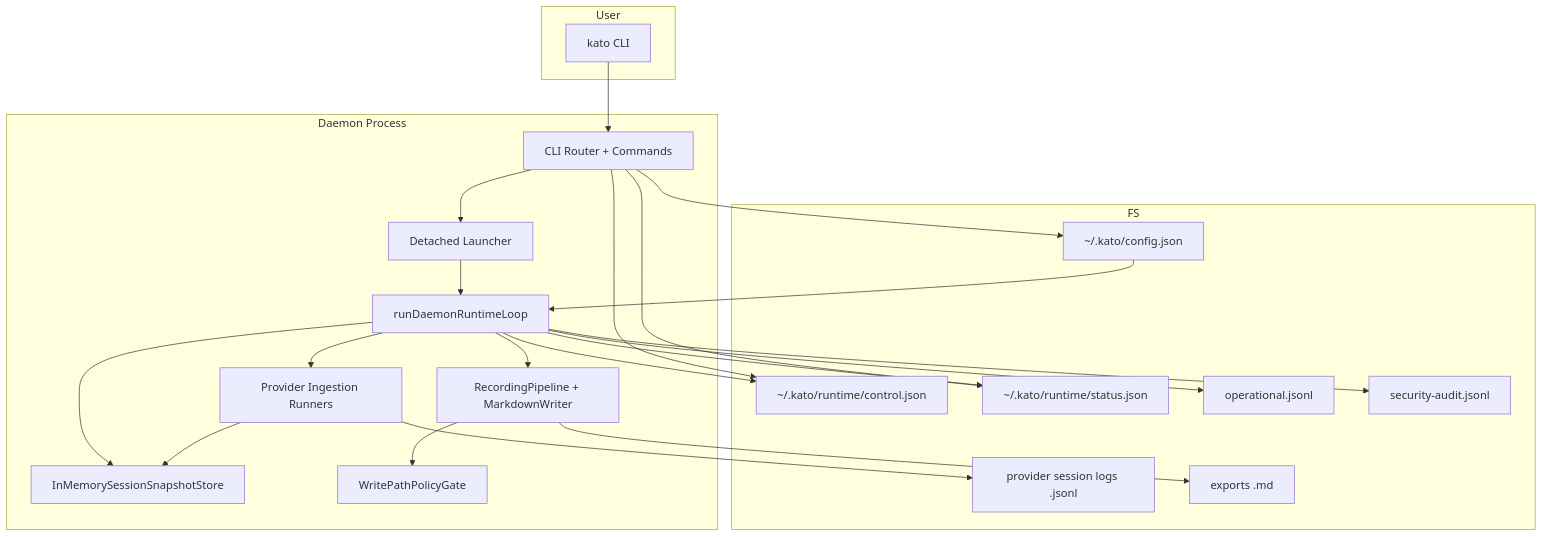
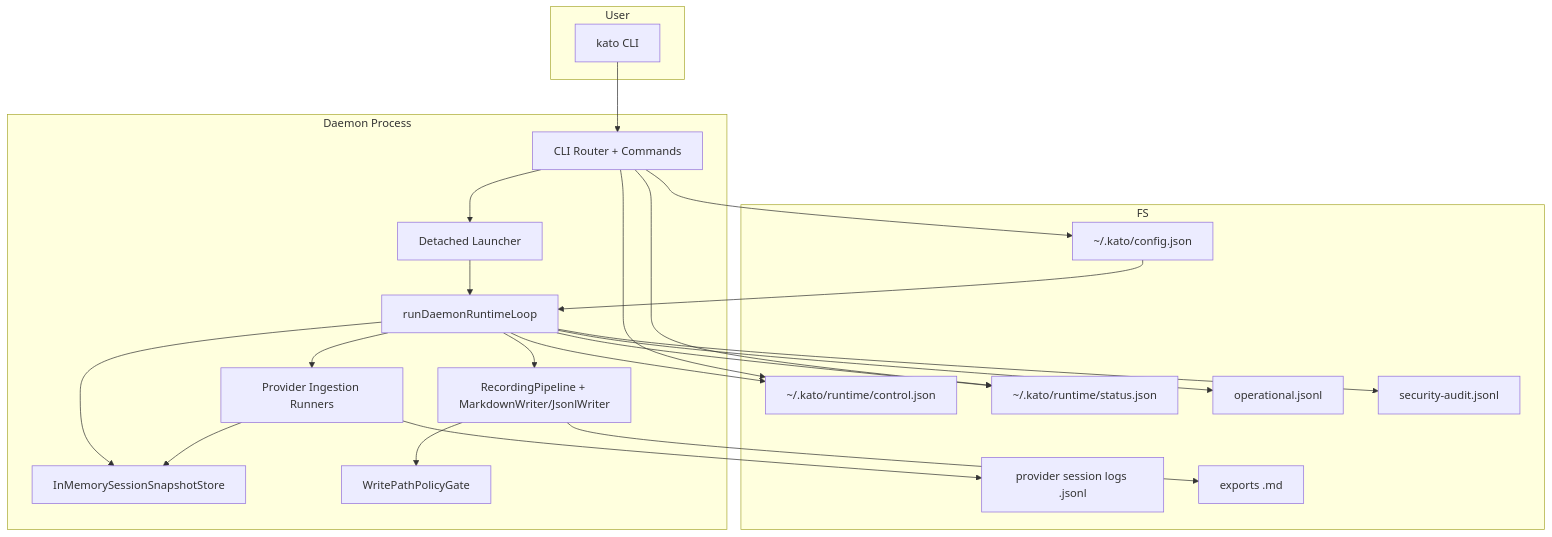
Before and after one commit to spectacular-voyage/kato: the diagram in dev-docs/notes/dev.codebase-overview.md, drawn with Mermaid. The commit also changed other lines of this file and 4 other files, not shown here.

````diff
--- a/dev-docs/notes/dev.codebase-overview.md
+++ b/dev-docs/notes/dev.codebase-overview.md
@@ -53,49 +57,49 @@
 ```mermaid
 graph TD
   subgraph User
     CLI[kato CLI]
   end
 
   subgraph FS
     CONFIG[~/.kato/config.json]
     CONTROL[~/.kato/runtime/control.json]
     STATUS[~/.kato/runtime/status.json]
     LOGS[provider session logs .jsonl]
     OUTPUT[exports .md]
     OPLOG[operational.jsonl]
     AUDIT[security-audit.jsonl]
   end
 
   subgraph Daemon Process
     ROUTER[CLI Router + Commands]
     LAUNCHER[Detached Launcher]
     RUNTIME[runDaemonRuntimeLoop]
     INGEST[Provider Ingestion Runners]
     SNAPSHOT[InMemorySessionSnapshotStore]
-    WRITER[RecordingPipeline + MarkdownWriter]
+    WRITER[RecordingPipeline + MarkdownWriter/JsonlWriter]
     POLICY[WritePathPolicyGate]
   end
 
   CLI --> ROUTER
   ROUTER --> CONFIG
   ROUTER --> LAUNCHER
   ROUTER --> CONTROL
   ROUTER --> STATUS
 
   LAUNCHER --> RUNTIME
   CONFIG --> RUNTIME
 
   RUNTIME --> INGEST
   INGEST --> LOGS
   INGEST --> SNAPSHOT
 
   RUNTIME --> SNAPSHOT
   RUNTIME --> CONTROL
   RUNTIME --> STATUS
   RUNTIME --> WRITER
   WRITER --> POLICY
   WRITER --> OUTPUT
 
   RUNTIME --> OPLOG
   RUNTIME --> AUDIT
 ```
````
